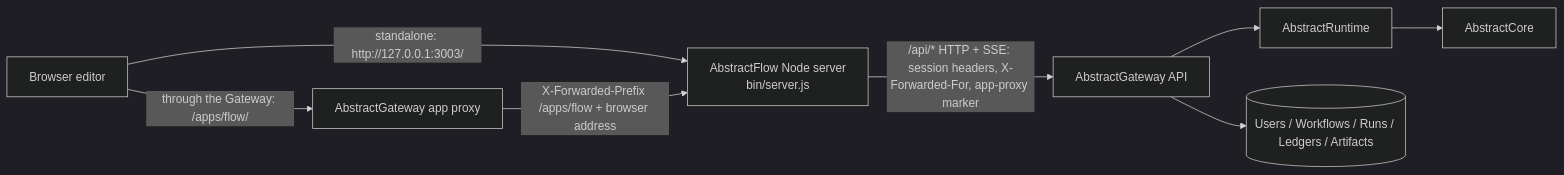
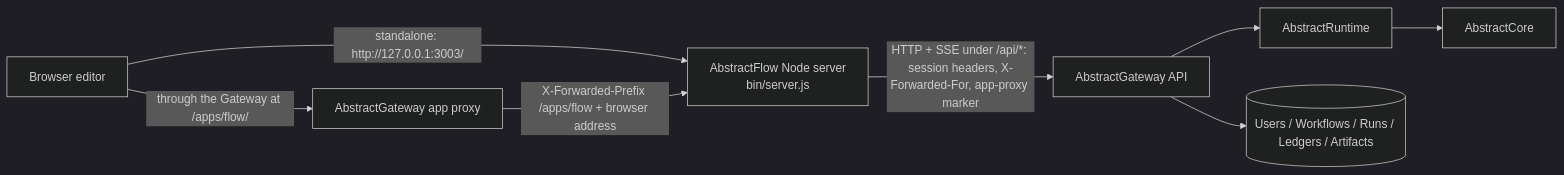
One commit to lpalbou/AbstractFlow changed the first of 4 diagrams in docs/architecture.md. Above: the diagram before and after it, drawn with Mermaid (dark theme). The commit also changed 1 other file, not shown here.

Commit message:
docs(architecture): diagram labels read as prose (the build's relative-URL check scans the bundled docs)

````diff
--- a/docs/architecture.md
+++ b/docs/architecture.md
@@ -43,10 +43,10 @@
 ```mermaid
 flowchart LR
   Browser[Browser editor] -->|"standalone: http://127.0.0.1:3003/"| Flow[AbstractFlow Node server<br/>bin/server.js]
-  Browser -->|"through the Gateway: /apps/flow/"| GwProxy[AbstractGateway app proxy]
+  Browser -->|"through the Gateway at /apps/flow/"| GwProxy[AbstractGateway app proxy]
   GwProxy -->|"X-Forwarded-Prefix /apps/flow + browser address"| Flow
-  Flow -->|"/api/* HTTP + SSE: session headers, X-Forwarded-For, app-proxy marker"| Gateway[AbstractGateway API]
+  Flow -->|"HTTP + SSE under /api/*: session headers, X-Forwarded-For, app-proxy marker"| Gateway[AbstractGateway API]
   Gateway --> Runtime[AbstractRuntime]
   Runtime --> Core[AbstractCore]
   Gateway --> Stores[(Users / Workflows / Runs / Ledgers / Artifacts)]
 ```
````
